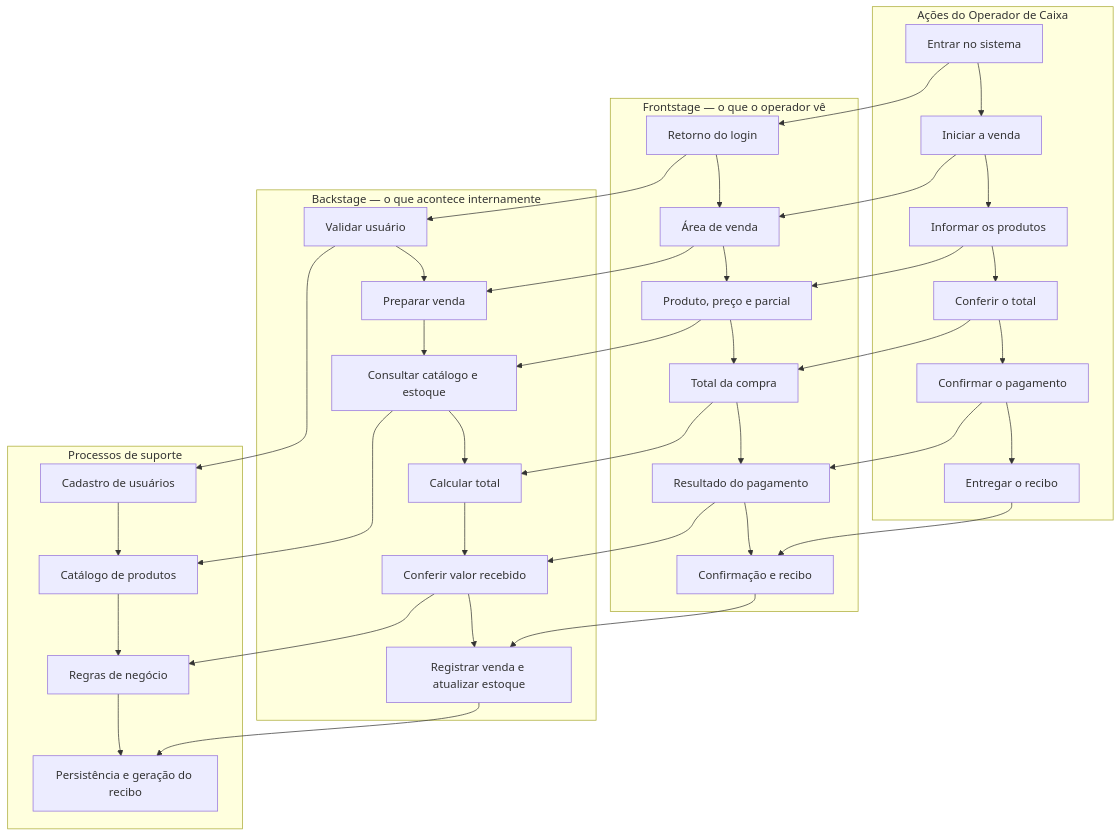
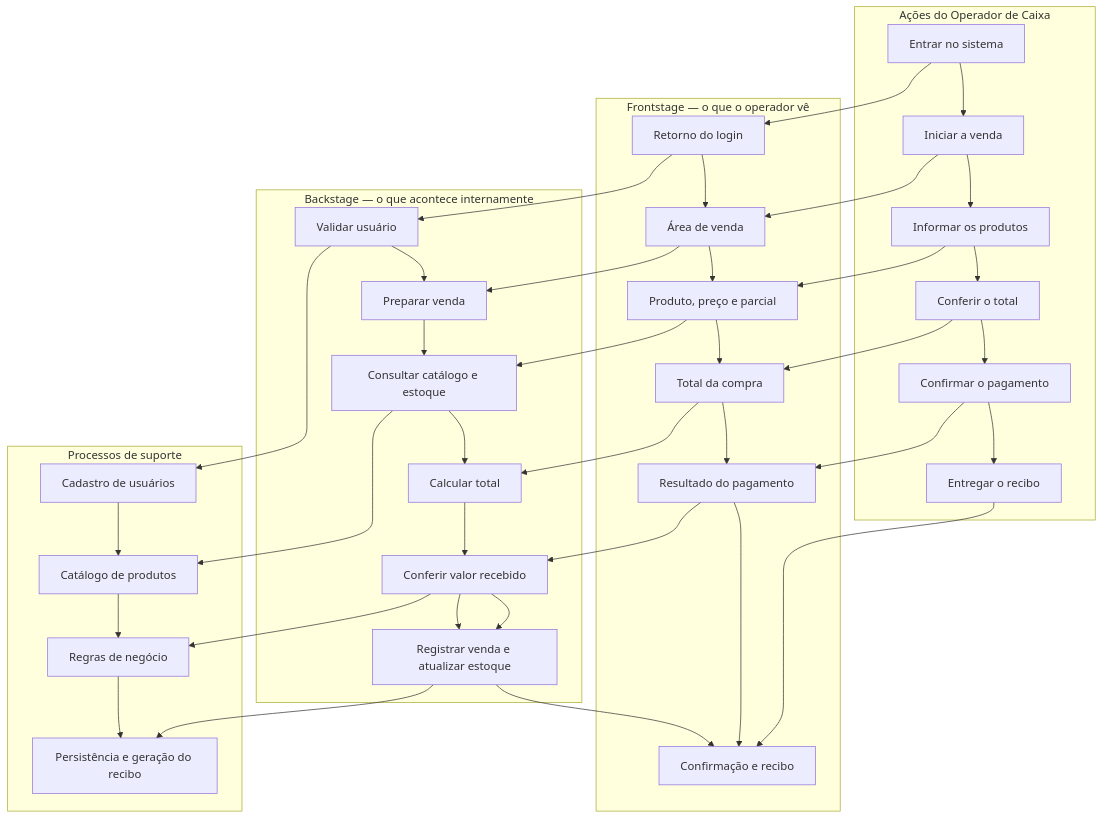
One commit to AbnerG1/projeto-BLUE-print- changed the second of 4 diagrams in docs/diagramas-mermaid.md. Above: the diagram before and after it, drawn with Mermaid.

Commit message:
docs: ajustar detalhes e remover menções desnecessárias

```diff
--- a/docs/diagramas-mermaid.md
+++ b/docs/diagramas-mermaid.md
@@ -32,45 +32,46 @@
 ~~~mermaid
 flowchart TB
  subgraph U["Ações do Operador de Caixa"]
  U1["Entrar no sistema"] --> U2["Iniciar a venda"]
  U2 --> U3["Informar os produtos"]
  U3 --> U4["Conferir o total"]
  U4 --> U5["Confirmar o pagamento"]
  U5 --> U6["Entregar o recibo"]
  end
  subgraph F["Frontstage — o que o operador vê"]
  F1["Retorno do login"] --> F2["Área de venda"]
  F2 --> F3["Produto, preço e parcial"]
  F3 --> F4["Total da compra"]
  F4 --> F5["Resultado do pagamento"]
  F5 --> F6["Confirmação e recibo"]
  end
  subgraph B["Backstage — o que acontece internamente"]
  B1["Validar usuário"] --> B2["Preparar venda"]
  B2 --> B3["Consultar catálogo e estoque"]
  B3 --> B4["Calcular total"]
  B4 --> B5["Conferir valor recebido"]
  B5 --> B6["Registrar venda e atualizar estoque"]
  end
  subgraph S["Processos de suporte"]
  S1["Cadastro de usuários"] --> S2["Catálogo de produtos"]
  S2 --> S3["Regras de negócio"]
  S3 --> S4["Persistência e geração do recibo"]
  end
  U1 --> F1
  U2 --> F2
  U3 --> F3
  U4 --> F4
  U5 --> F5
  U6 --> F6
  F1 --> B1
  F2 --> B2
  F3 --> B3
  F4 --> B4
  F5 --> B5
- F6 --> B6
+ B5 --> B6
+ B6 --> F6
  B1 --> S1
  B3 --> S2
  B5 --> S3
  B6 --> S4
 ~~~
```
